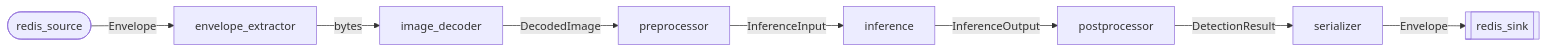
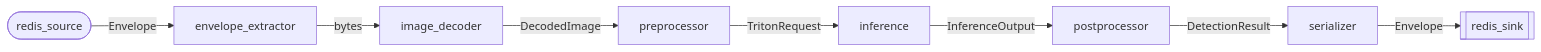
Before and after one commit to BuckanovNikita/triton-redis-connector: the diagram in packages/triton_redis_connector/README.md, drawn with Mermaid. The commit also changed other lines of this file and 13 other files, not shown here.

First line of the commit message:
refactor: rename InferenceInput to TritonRequest

````diff
--- a/packages/triton_redis_connector/README.md
+++ b/packages/triton_redis_connector/README.md
@@ -112,19 +112,19 @@
 ```mermaid
 graph LR
     redis_source([redis_source])
     envelope_extractor[envelope_extractor]
     image_decoder[image_decoder]
     preprocessor[preprocessor]
     inference[inference]
     postprocessor[postprocessor]
     serializer[serializer]
     redis_sink[[redis_sink]]
 
     redis_source -->|Envelope| envelope_extractor
     envelope_extractor -->|bytes| image_decoder
     image_decoder -->|DecodedImage| preprocessor
-    preprocessor -->|InferenceInput| inference
+    preprocessor -->|TritonRequest| inference
     inference -->|InferenceOutput| postprocessor
     postprocessor -->|DetectionResult| serializer
     serializer -->|Envelope| redis_sink
 ```
````
